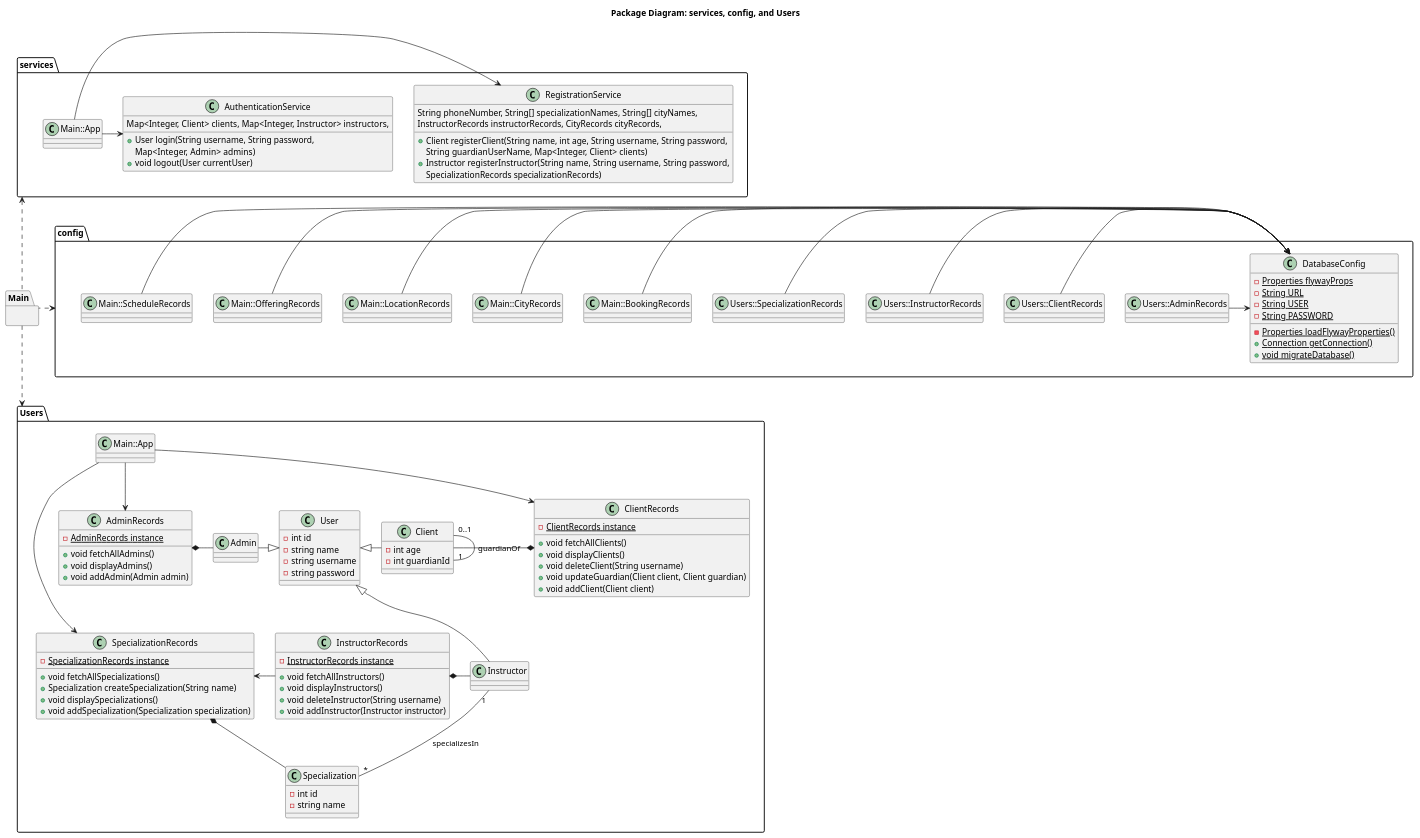
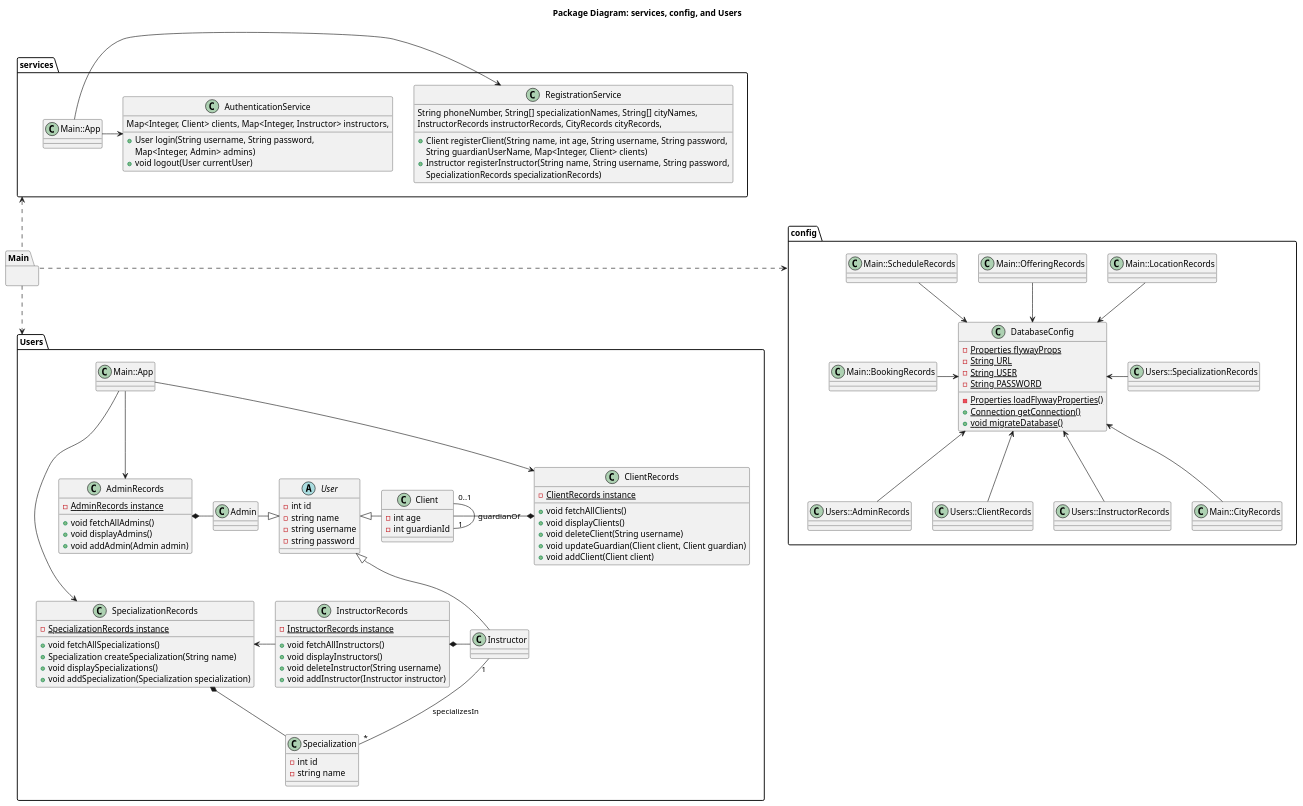
Before and after one commit to NathanGrenier/SOEN-342-Project: the diagram in diagrams/src/class-package-diagram.pu, drawn with PlantUML. The commit also changed 1 other file, not shown here.

Commit message:
0: made user abstract, reformat config

```diff
--- a/diagrams/src/class-package-diagram.pu
+++ b/diagrams/src/class-package-diagram.pu
@@ -1,126 +1,126 @@
 @startuml
 title Package Diagram: services, config, and Users
 package Main{}
 package Users {
     class App as "Main::App"{}
     class Admin {
     }
     class AdminRecords {
         -{static} AdminRecords instance
         +void fetchAllAdmins()
         +void displayAdmins()
         +void addAdmin(Admin admin)
     }
     class ClientRecords {
         -{static} ClientRecords instance
         +void fetchAllClients()
         +void displayClients()
         +void deleteClient(String username)
         +void updateGuardian(Client client, Client guardian)
         +void addClient(Client client)
     }
     class Client {
         -int age
         -int guardianId
     }
     class InstructorRecords {
         -{static} InstructorRecords instance
         +void fetchAllInstructors()
         +void displayInstructors()
         +void deleteInstructor(String username)
         +void addInstructor(Instructor instructor)
     }
     class Instructor
-    class User {
+    abstract User {
         -int id
         -string name
         -string username
         -string password
     }
     class Specialization {
         -int id
         -string name
     }
     class SpecializationRecords {
         -{static} SpecializationRecords instance
         +void fetchAllSpecializations()
         +Specialization createSpecialization(String name)
         +void displaySpecializations()
         +void addSpecialization(Specialization specialization)
     }
     App --> AdminRecords
     App --> ClientRecords
     App -> SpecializationRecords
 
     User <|-right- Client
     User <|-down- Instructor
     User <|-left- Admin
     
     AdminRecords *- Admin
 
     Client "0..1" -- "1" Client: guardianOf
 
     ClientRecords *-left- Client
 
     SpecializationRecords *- Specialization
     
     Instructor "1" -- "*" Specialization: specializesIn
 
     InstructorRecords *- Instructor
     InstructorRecords -left-> SpecializationRecords
 }
 
 package services {
     class App as "Main::App"
     class RegistrationService {
         +Client registerClient(String name, int age, String username, String password, 
             String guardianUserName, Map<Integer, Client> clients)
         +Instructor registerInstructor(String name, String username, String password, 
             String phoneNumber, String[] specializationNames, String[] cityNames, 
             InstructorRecords instructorRecords, CityRecords cityRecords, 
             SpecializationRecords specializationRecords)
     }
     class AuthenticationService {
         +User login(String username, String password, 
             Map<Integer, Client> clients, Map<Integer, Instructor> instructors,
             Map<Integer, Admin> admins)
         +void logout(User currentUser)
     }
     App -> RegistrationService
     App -> AuthenticationService
 }
 
 package config {
     class AdminRecords as "Users::AdminRecords"{}
     class ClientRecords as "Users::ClientRecords"{}
     class InstructorRecords as "Users::InstructorRecords"{}
     class SpecializationRecords as "Users::SpecializationRecords"{}
     class BookingRecords as "Main::BookingRecords"{}
     class CityRecords as "Main::CityRecords"{}
     class LocationRecords as "Main::LocationRecords"{}
     class OfferingRecords as "Main::OfferingRecords"{}
     class ScheduleRecords as "Main::ScheduleRecords"{}
     class DatabaseConfig {
         -{static} Properties flywayProps
         -{static} String URL
         -{static} String USER
         -{static} String PASSWORD
         -{static} Properties loadFlywayProperties()
         +{static} Connection getConnection()
         +{static} void migrateDatabase()
     }
-    AdminRecords -> DatabaseConfig
-    ClientRecords -> DatabaseConfig
-    InstructorRecords -> DatabaseConfig
-    SpecializationRecords -> DatabaseConfig
-    BookingRecords -> DatabaseConfig
-    CityRecords -> DatabaseConfig
-    LocationRecords -> DatabaseConfig
-    OfferingRecords -> DatabaseConfig
-    ScheduleRecords -> DatabaseConfig
+    AdminRecords -up-> DatabaseConfig
+    ClientRecords -up-> DatabaseConfig
+    InstructorRecords -up-> DatabaseConfig
+    SpecializationRecords -left-> DatabaseConfig
+    BookingRecords -right-> DatabaseConfig
+    CityRecords -up-> DatabaseConfig
+    LocationRecords -down-> DatabaseConfig
+    OfferingRecords -down-> DatabaseConfig
+    ScheduleRecords -down-> DatabaseConfig
 }
 Main .left.> config
 Main .up.> services
 Main .down.> Users
 
 @enduml
```
